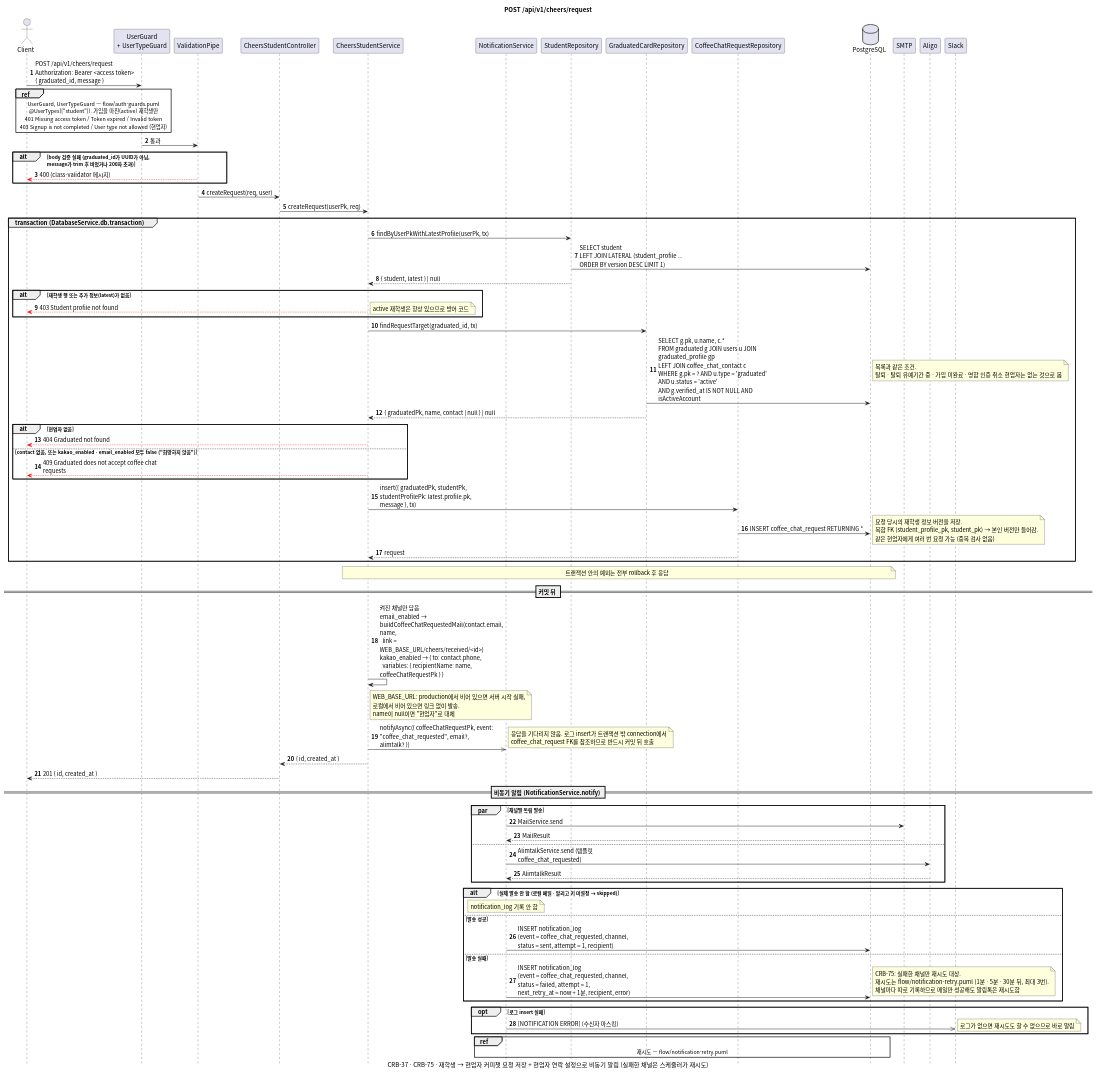
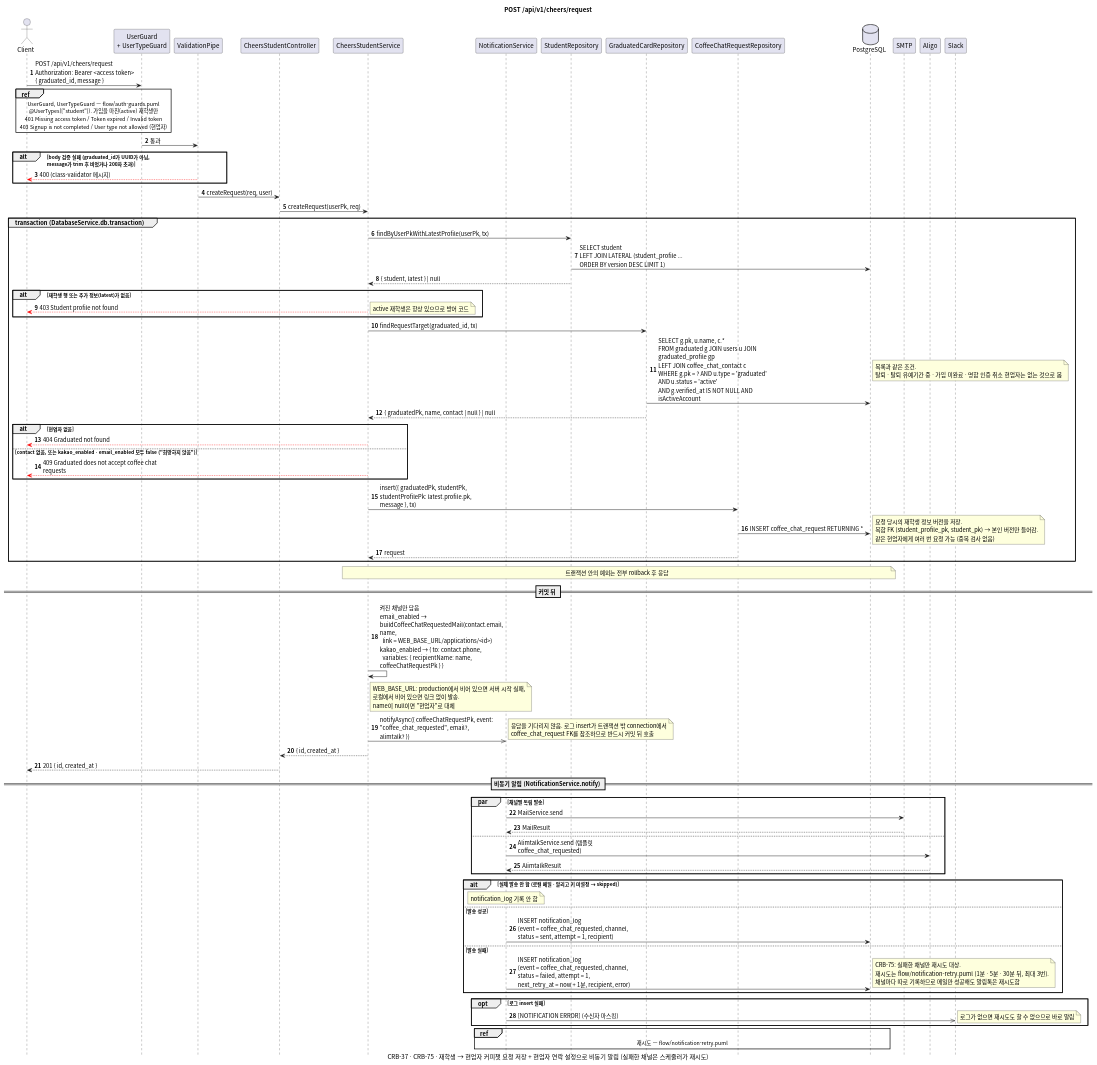
One commit to gsainfoteam/cheers-be changed the diagram in docs/sequence/cheers/post-cheers-request.puml. Above: the diagram before and after it, drawn with PlantUML. The commit also changed 6 other files, not shown here.

Commit message:
- bug: point alimtalk buttons and mail links to /applications/{id} (CRB-34)

```diff
--- a/docs/sequence/cheers/post-cheers-request.puml
+++ b/docs/sequence/cheers/post-cheers-request.puml
@@ -1,115 +1,115 @@
 @startuml post-cheers-request
 skinparam defaultFontName "Apple SD Gothic Neo", "Noto Sans CJK KR", sans-serif
 skinparam responseMessageBelowArrow true
 skinparam sequenceMessageAlign left
 skinparam maxMessageSize 260
 skinparam BoxPadding 8
 skinparam shadowing false
 autonumber
 hide footbox
 
 title POST /api/v1/cheers/request
 caption CRB-37 · CRB-75 · 재학생 → 현업자 커피챗 요청 저장 + 현업자 연락 설정으로 비동기 알림 (실패한 채널은 스케줄러가 재시도)
 
 actor Client
 participant "UserGuard\n+ UserTypeGuard" as Guard
 participant "ValidationPipe" as Pipe
 participant "CheersStudentController" as Controller
 participant "CheersStudentService" as Service
 participant "NotificationService" as NotificationService
 participant "StudentRepository" as StudentRepository
 participant "GraduatedCardRepository" as GraduatedCardRepository
 participant "CoffeeChatRequestRepository" as CoffeeChatRequestRepository
 database PostgreSQL
 participant "SMTP"
 participant "Aligo"
 participant "Slack"
 
 Client -> Guard: POST /api/v1/cheers/request\nAuthorization: Bearer <access token>\n{ graduated_id, message }
 ref over Client, Guard
   UserGuard, UserTypeGuard — flow/auth-guards.puml
   @UserTypes(["student"]). 가입을 마친(active) 재학생만
   401 Missing access token / Token expired / Invalid token
   403 Signup is not completed / User type not allowed (현업자)
 end ref
 Guard -> Pipe: 통과
 alt body 검증 실패 (graduated_id가 UUID가 아님,\nmessage가 trim 후 비었거나 200자 초과)
   Pipe -[#red]-> Client: 400 (class-validator 메시지)
 end
 Pipe -> Controller: createRequest(req, user)
 Controller -> Service: createRequest(userPk, req)
 
 group transaction (DatabaseService.db.transaction)
   Service -> StudentRepository: findByUserPkWithLatestProfile(userPk, tx)
   StudentRepository -> PostgreSQL: SELECT student\nLEFT JOIN LATERAL (student_profile ...\nORDER BY version DESC LIMIT 1)
   StudentRepository --> Service: { student, latest } | null
   alt 재학생 행 또는 추가 정보(latest)가 없음
     Service -[#red]-> Client: 403 Student profile not found
     note right: active 재학생은 항상 있으므로 방어 코드
   end
 
   Service -> GraduatedCardRepository: findRequestTarget(graduated_id, tx)
   GraduatedCardRepository -> PostgreSQL: SELECT g.pk, u.name, c.*\nFROM graduated g JOIN users u JOIN graduated_profile gp\nLEFT JOIN coffee_chat_contact c\nWHERE g.pk = ? AND u.type = 'graduated' AND u.status = 'active'\nAND g.verified_at IS NOT NULL AND isActiveAccount
   note right: 목록과 같은 조건.\n탈퇴 · 탈퇴 유예기간 중 · 가입 미완료 · 명함 인증 취소 현업자는 없는 것으로 봄
   GraduatedCardRepository --> Service: { graduatedPk, name, contact | null } | null
   alt 현업자 없음
     Service -[#red]-> Client: 404 Graduated not found
   else contact 없음, 또는 kakao_enabled · email_enabled 모두 false ("희망하지 않음")
     Service -[#red]-> Client: 409 Graduated does not accept coffee chat requests
   end
 
   Service -> CoffeeChatRequestRepository: insert({ graduatedPk, studentPk,\nstudentProfilePk: latest.profile.pk, message }, tx)
   CoffeeChatRequestRepository -> PostgreSQL: INSERT coffee_chat_request RETURNING *
   note right
     요청 당시의 재학생 정보 버전을 저장.
     복합 FK (student_profile_pk, student_pk) → 본인 버전만 들어감.
     같은 현업자에게 여러 번 요청 가능 (중복 검사 없음)
   end note
   CoffeeChatRequestRepository --> Service: request
 end
 note over Service, PostgreSQL: 트랜잭션 안의 예외는 전부 rollback 후 응답
 
 == 커밋 뒤 ==
 
-Service -> Service: 켜진 채널만 담음\nemail_enabled → buildCoffeeChatRequestedMail(contact.email, name,\n  link = WEB_BASE_URL/cheers/received/<id>)\nkakao_enabled → { to: contact.phone,\n  variables: { recipientName: name, coffeeChatRequestPk } }
+Service -> Service: 켜진 채널만 담음\nemail_enabled → buildCoffeeChatRequestedMail(contact.email, name,\n  link = WEB_BASE_URL/applications/<id>)\nkakao_enabled → { to: contact.phone,\n  variables: { recipientName: name, coffeeChatRequestPk } }
 note right of Service
   WEB_BASE_URL: production에서 비어 있으면 서버 시작 실패,
   로컬에서 비어 있으면 링크 없이 발송.
   name이 null이면 "현업자"로 대체
 end note
 Service ->> NotificationService: notifyAsync({ coffeeChatRequestPk, event: "coffee_chat_requested", email?, alimtalk? })
 note right
   응답을 기다리지 않음. 로그 insert가 트랜잭션 밖 connection에서
   coffee_chat_request FK를 참조하므로 반드시 커밋 뒤 호출
 end note
 Service --> Controller: { id, created_at }
 Controller --> Client: 201 { id, created_at }
 
 == 비동기 알림 (NotificationService.notify) ==
 
 par 채널별 독립 발송
   NotificationService -> SMTP: MailService.send
   SMTP --> NotificationService: MailResult
 else
   NotificationService -> Aligo: AlimtalkService.send (템플릿 coffee_chat_requested)
   Aligo --> NotificationService: AlimtalkResult
 end
 alt 실제 발송 안 함 (로컬 메일 · 알리고 키 미설정 → skipped)
   note over NotificationService: notification_log 기록 안 함
 else 발송 성공
   NotificationService -> PostgreSQL: INSERT notification_log\n(event = coffee_chat_requested, channel, status = sent, attempt = 1, recipient)
 else 발송 실패
   NotificationService -> PostgreSQL: INSERT notification_log\n(event = coffee_chat_requested, channel, status = failed, attempt = 1,\nnext_retry_at = now + 1분, recipient, error)
   note right
     CRB-75: 실패한 채널만 재시도 대상.
     재시도는 flow/notification-retry.puml (1분 · 5분 · 30분 뒤, 최대 3번).
     채널마다 따로 기록하므로 메일만 성공해도 알림톡은 재시도함
   end note
 end
 opt 로그 insert 실패
   NotificationService ->> Slack: [NOTIFICATION ERROR] (수신자 마스킹)
   note right: 로그가 없으면 재시도도 할 수 없으므로 바로 알림
 end
 ref over NotificationService, PostgreSQL: 재시도 — flow/notification-retry.puml
 
 @enduml
```
